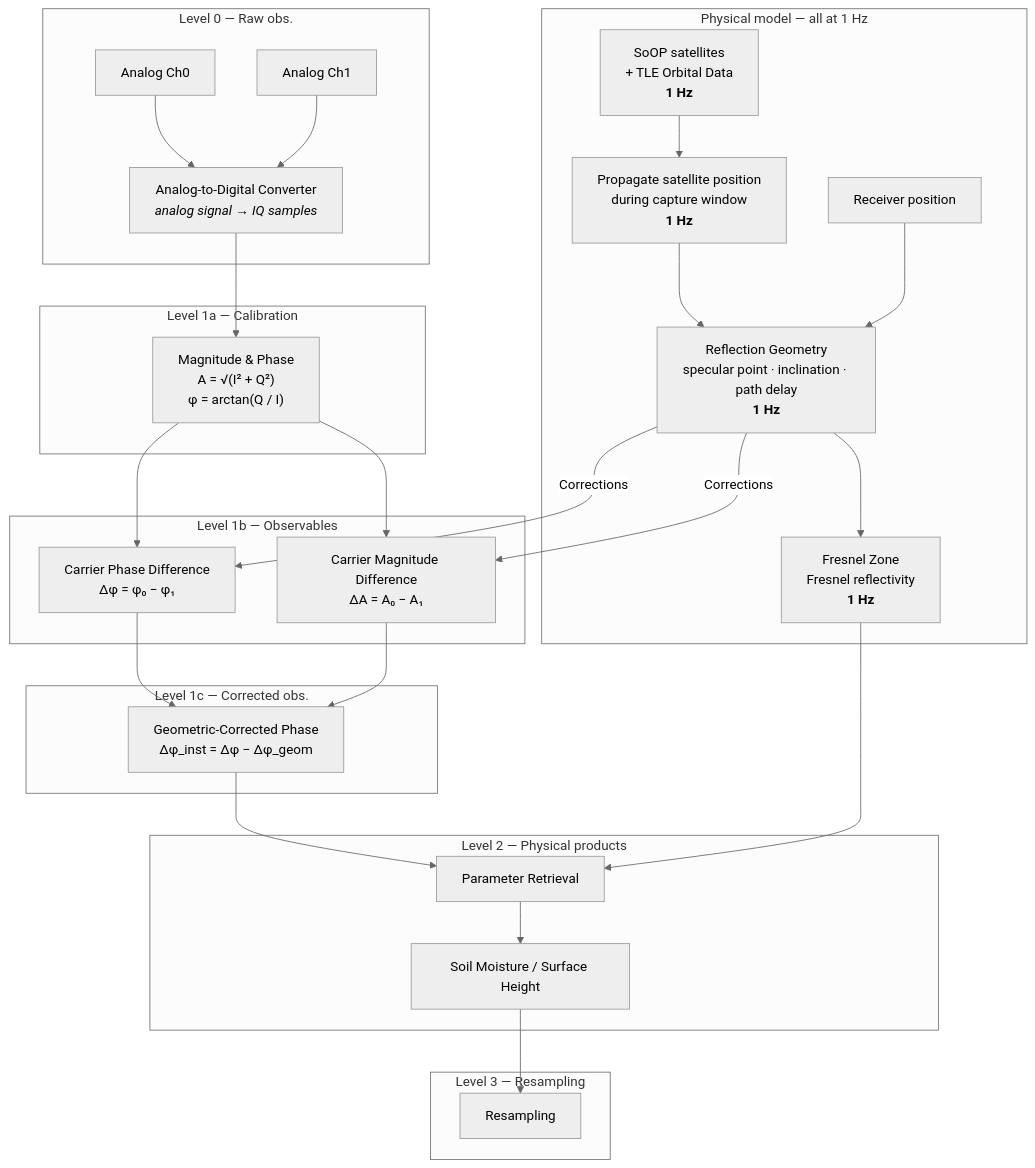
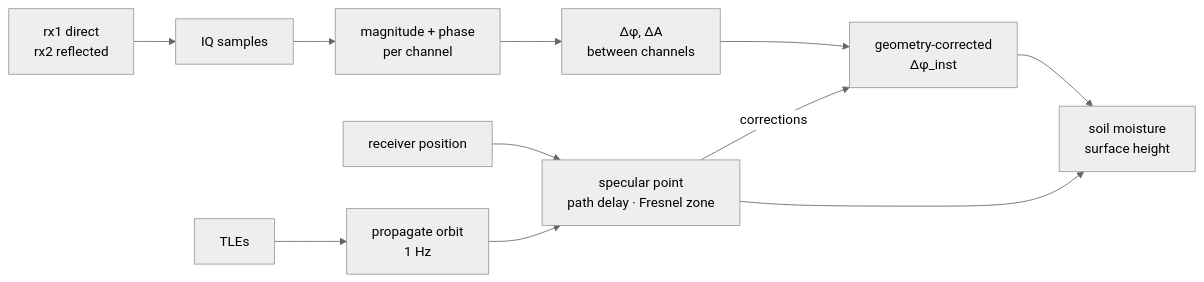
One commit to janepk12/SReTo changed the diagram in README.md. Above: the diagram before and after it, drawn with Mermaid (neutral theme). The commit also changed other lines of this file and 1 other file, not shown here.

````diff
--- a/README.md
+++ b/README.md
@@ -209,56 +202,14 @@
 ```mermaid
-flowchart TD
-    subgraph L0["Level 0 — Raw obs."]
-        A0["Analog Ch0"]
-        A1["Analog Ch1"]
-        ADC["Analog-to-Digital Converter<br/><i>analog signal → IQ samples</i>"]
-        A0 --> ADC
-        A1 --> ADC
-    end
+flowchart LR
+    RX["rx1 direct<br/>rx2 reflected"] --> IQ["IQ samples"]
+    IQ --> AP["magnitude + phase<br/>per channel"]
+    AP --> D["Δφ, ΔA<br/>between channels"]
+    D --> COR["geometry-corrected<br/>Δφ_inst"]
+    COR --> RET["soil moisture<br/>surface height"]
 
-    subgraph L1a["Level 1a — Calibration"]
-        MP["Magnitude &amp; Phase<br/>A = √(I² + Q²)<br/>φ = arctan(Q / I)"]
-    end
-
-    subgraph L1b["Level 1b — Observables"]
-        CPD["Carrier Phase Difference<br/>Δφ = φ₀ − φ₁"]
-        CMD["Carrier Magnitude Difference<br/>ΔA = A₀ − A₁"]
-    end
-
-    subgraph L1c["Level 1c — Corrected obs."]
-        GCP["Geometric-Corrected Phase<br/>Δφ_inst = Δφ − Δφ_geom"]
-    end
-
-    subgraph L2["Level 2 — Physical products"]
-        PR["Parameter Retrieval"]
-        PROD["Soil Moisture / Surface Height"]
-        PR --> PROD
-    end
-
-    subgraph L3["Level 3 — Resampling"]
-        RS["Resampling"]
-    end
-
-    subgraph PM["Physical model — all at 1 Hz"]
-        SAT["SoOP satellites<br/>+ TLE Orbital Data<br/><b>1 Hz</b>"]
-        PROP["Propagate satellite position<br/>during capture window<br/><b>1 Hz</b>"]
-        RECV["Receiver position"]
-        GEOM["Reflection Geometry<br/>specular point · inclination · path delay<br/><b>1 Hz</b>"]
-        FRES["Fresnel Zone<br/>Fresnel reflectivity<br/><b>1 Hz</b>"]
-        SAT --> PROP
-        PROP --> GEOM
-        RECV --> GEOM
-        GEOM --> FRES
-    end
-
-    ADC --> MP
-    MP --> CPD
-    MP --> CMD
-    CPD --> GCP
-    CMD --> GCP
-    GEOM -- "Corrections" --> CPD
-    GEOM -- "Corrections" --> CMD
-    GCP --> PR
-    FRES --> PR
-    PROD --> RS
+    TLE["TLEs"] --> PROP["propagate orbit<br/>1 Hz"]
+    POS["receiver position"] --> GEOM
+    PROP --> GEOM["specular point<br/>path delay · Fresnel zone"]
+    GEOM -- "corrections" --> COR
+    GEOM --> RET
 ```
````
